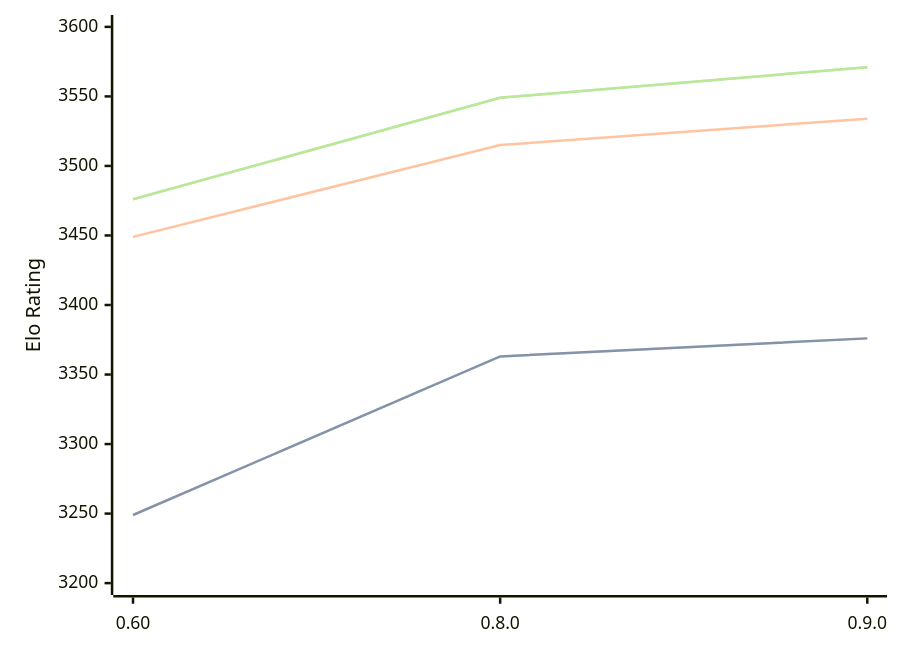
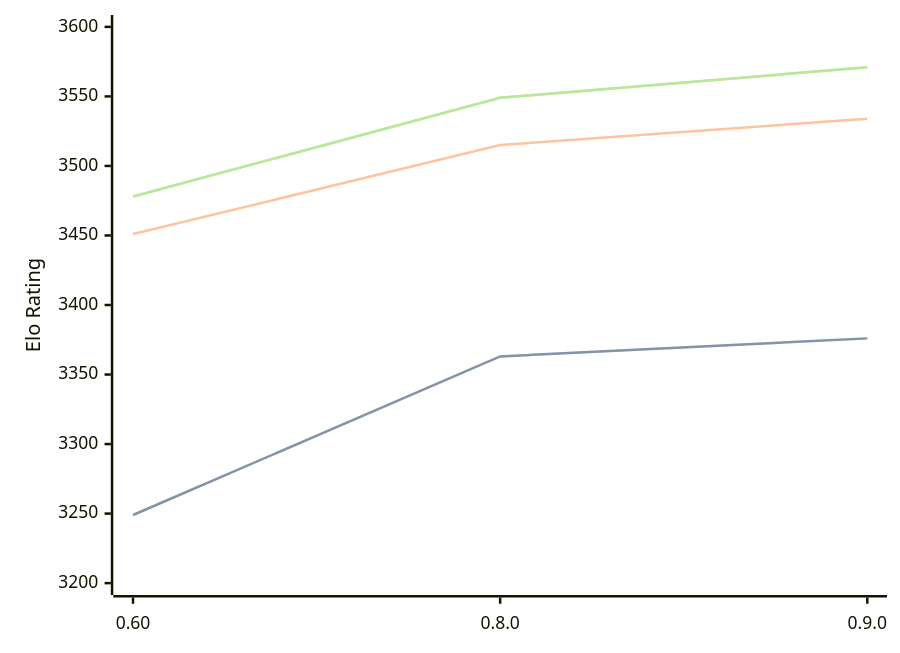
Before and after one commit to computer-chess-index/cci: the diagram in engines/Motor.md, drawn with Mermaid. The commit also changed other lines of this file, not shown here.

Commit message:
Update CCI Ratings (ELO VLTC) - 2026-02-22

````diff
--- a/engines/Motor.md
+++ b/engines/Motor.md
@@ -36,11 +36,11 @@
 ```mermaid
 %%{init: {"theme":"base","themeVariables":{"seriesColors:['#a3a3a3','#222221','#faa371']}}}%%
 xychart-beta
   x-axis ["0.60", "0.8.0", "0.9.0"]
   y-axis "Elo Rating" 3200 --> 3600
   line "STC (8.0+0.08s)" [3249, 3363, 3376]
   line "STC (8.0+0.08s)" [3249, 3363, 3376]
-  line "LTC (60.0+0.60s)" [3449, 3515, 3534]
-  line "VLTC (2m24s+1.12s)" [3476, 3549, 3571]
-  line "VLTC (2m24s+1.12s)" [3476, 3549, 3571]
+  line "LTC (60.0+0.60s)" [3451, 3515, 3534]
+  line "VLTC (2m24s+1.12s)" [3478, 3549, 3571]
+  line "VLTC (2m24s+1.12s)" [3478, 3549, 3571]
 ```
````
